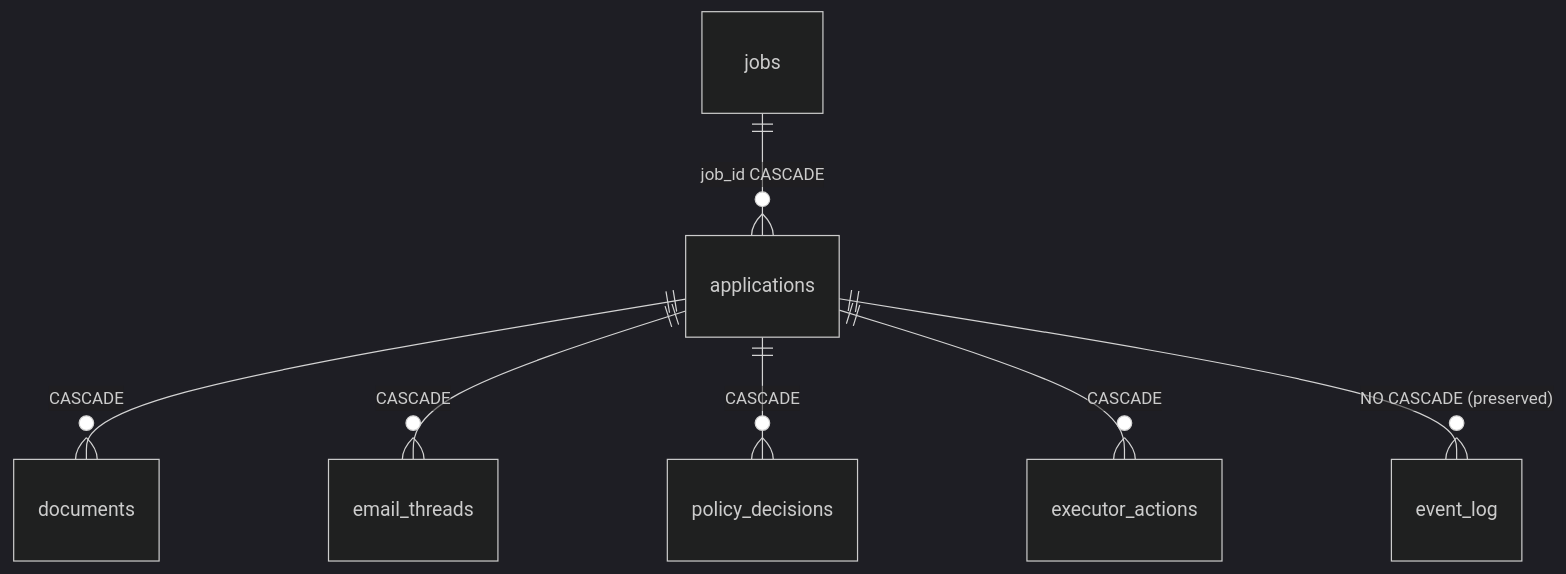
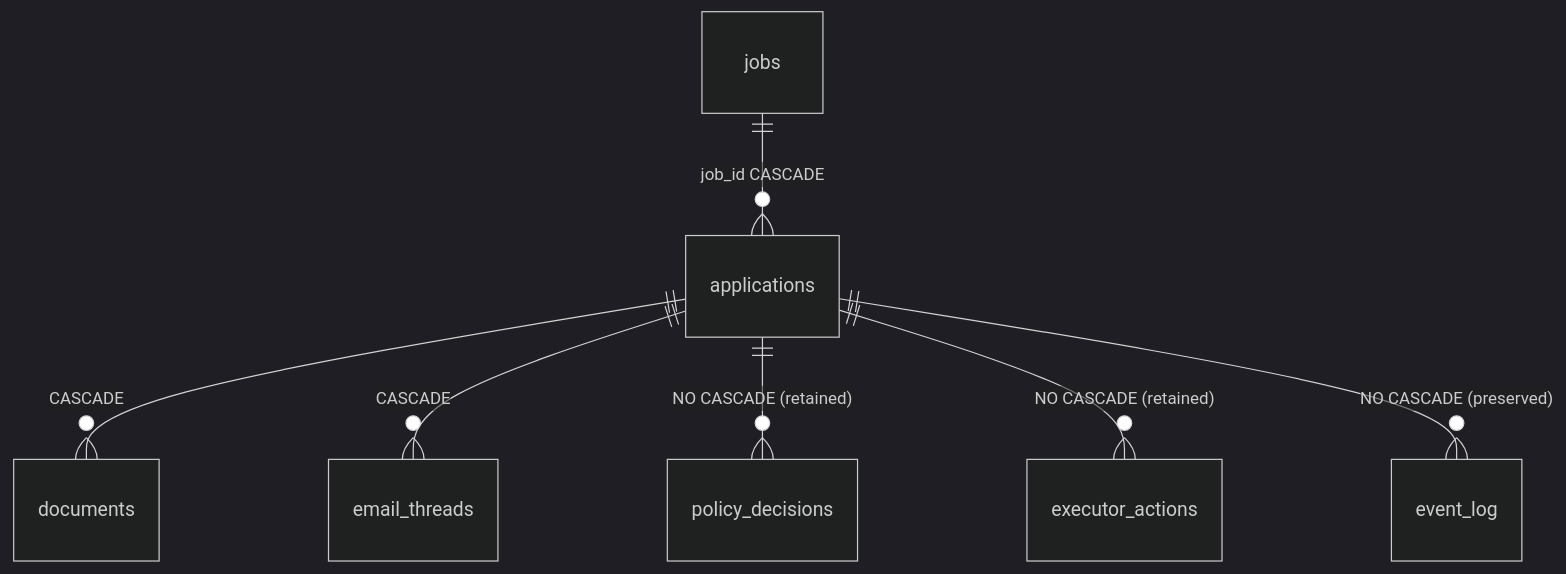
The second of 2 diagrams in docs/codebase/c4-code-backend-alembic-versions.md (NicolayBang/ApplyGo), drawn with Mermaid (dark theme) before and after one commit. The commit also changed other lines of this file and 14 other files, not shown here.

Commit message:
fix(db): retain policy and executor audit records

````diff
--- a/docs/codebase/c4-code-backend-alembic-versions.md
+++ b/docs/codebase/c4-code-backend-alembic-versions.md
@@ -162,9 +183,9 @@
 ```mermaid
 erDiagram
     jobs ||--o{ applications : "job_id CASCADE"
     applications ||--o{ documents : "CASCADE"
     applications ||--o{ email_threads : "CASCADE"
-    applications ||--o{ policy_decisions : "CASCADE"
-    applications ||--o{ executor_actions : "CASCADE"
+    applications ||--o{ policy_decisions : "NO CASCADE (retained)"
+    applications ||--o{ executor_actions : "NO CASCADE (retained)"
     applications ||--o{ event_log : "NO CASCADE (preserved)"
 ```
````
